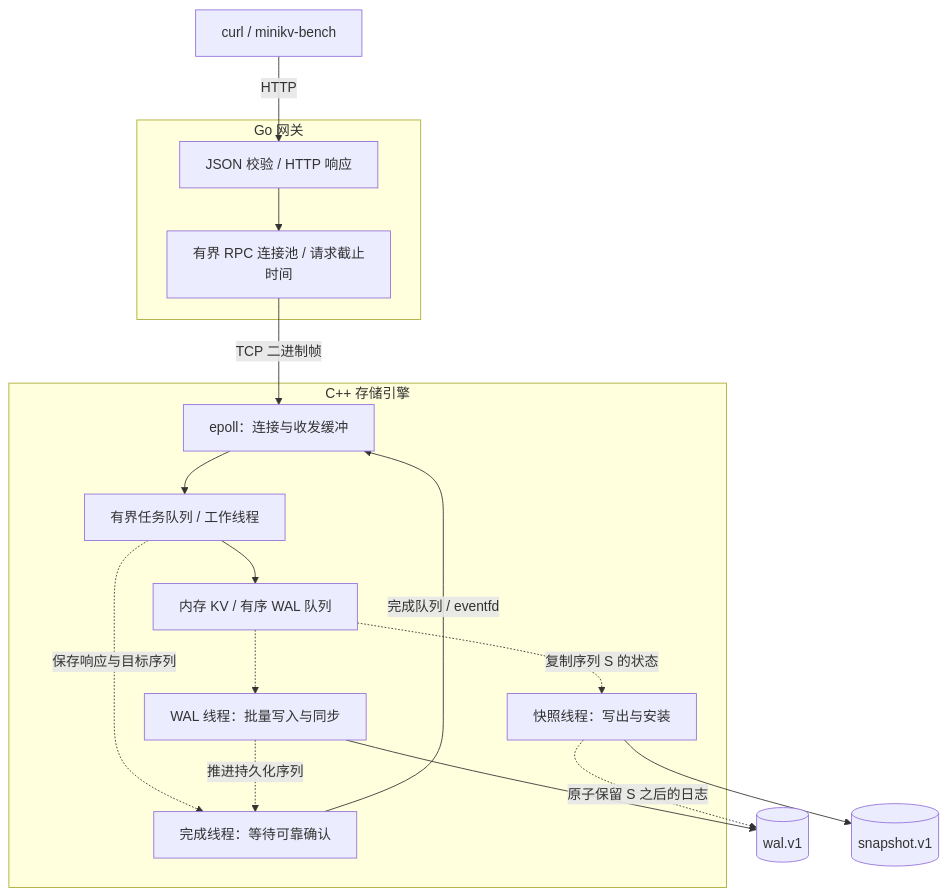
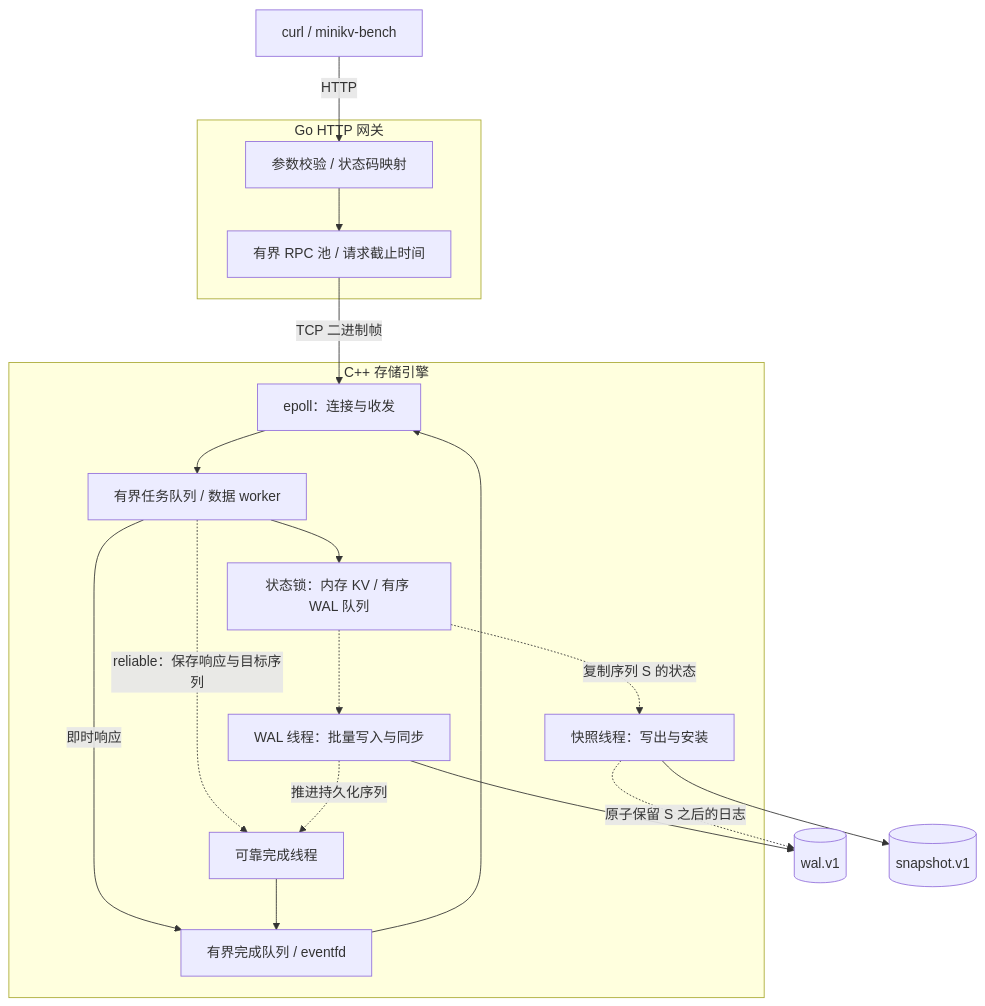
Before and after one commit to GalaxyKW/MiniKV: the diagram in README.md, drawn with Mermaid. The commit also changed other lines of this file and 6 other files, not shown here.

````diff
--- a/README.md
+++ b/README.md
@@ -101,20 +71,22 @@
 ```mermaid
 flowchart TB
     Client["curl / minikv-bench"] -->|HTTP| Gateway
-    subgraph Go["Go 网关"]
-        Gateway["JSON 校验 / HTTP 响应"] --> Pool["有界 RPC 连接池 / 请求截止时间"]
+    subgraph Go["Go HTTP 网关"]
+        Gateway["参数校验 / 状态码映射"] --> Pool["有界 RPC 池 / 请求截止时间"]
     end
     Pool -->|TCP 二进制帧| Reactor
     subgraph CPP["C++ 存储引擎"]
-        Reactor["epoll：连接与收发缓冲"] --> Workers["有界任务队列 / 工作线程"]
-        Workers --> State["内存 KV / 有序 WAL 队列"]
-        Workers -.->|保存响应与目标序列| Replies["完成线程：等待可靠确认"]
+        Reactor["epoll：连接与收发"] --> Workers["有界任务队列 / 数据 worker"]
+        Workers --> State["状态锁：内存 KV / 有序 WAL 队列"]
+        Workers -->|即时响应| Completion["有界完成队列 / eventfd"]
+        Workers -.->|reliable：保存响应与目标序列| Replies["可靠完成线程"]
         State -.-> Flush["WAL 线程：批量写入与同步"]
+        Flush -.->|推进持久化序列| Replies
+        Replies --> Completion
+        Completion --> Reactor
         State -.->|复制序列 S 的状态| Snapshot["快照线程：写出与安装"]
-        Flush -.->|推进持久化序列| Replies
-        Replies -->|完成队列 / eventfd| Reactor
     end
     Flush --> WAL[("wal.v1")]
     Snapshot --> Image[("snapshot.v1")]
     Snapshot -.->|原子保留 S 之后的日志| WAL
 ```
````
